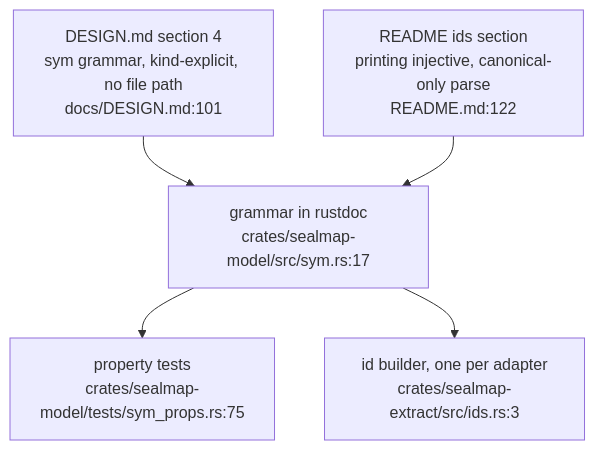
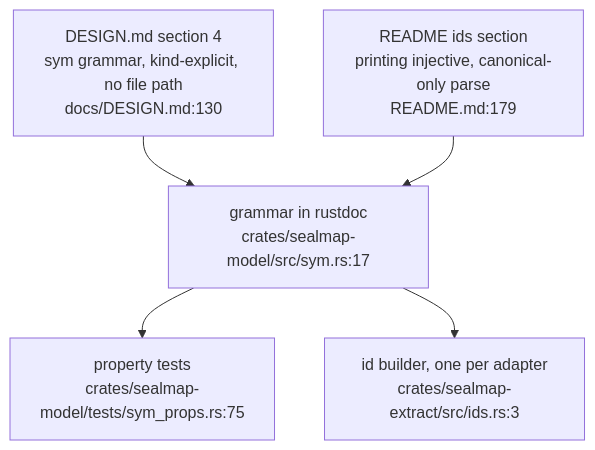
One commit to DreamLab-AI/codemaid changed the sixth of 6 diagrams in docs/diagrams/model/01-the-sym-id-grammar.md. Above: the diagram before and after it, drawn with Mermaid. The commit also changed other lines of this file and 22 other files, not shown here.

First line of the commit message:
docs(diagrams): COR-04 and COR-05 for the seal surface; re-stamp every topic at ae478d9

````diff
--- a/docs/diagrams/model/01-the-sym-id-grammar.md
+++ b/docs/diagrams/model/01-the-sym-id-grammar.md
@@ -271,12 +271,12 @@
 ```mermaid
 flowchart TB
-    D1["DESIGN.md section 4<br/>sym grammar, kind-explicit, no file path<br/>docs/DESIGN.md:101"]
-    D2["README ids section<br/>printing injective, canonical-only parse<br/>README.md:122"]
+    D1["DESIGN.md section 4<br/>sym grammar, kind-explicit, no file path<br/>docs/DESIGN.md:130"]
+    D2["README ids section<br/>printing injective, canonical-only parse<br/>README.md:179"]
     C1["grammar in rustdoc<br/>crates/sealmap-model/src/sym.rs:17"]
     C2["property tests<br/>crates/sealmap-model/tests/sym_props.rs:75"]
     C3["id builder, one per adapter<br/>crates/sealmap-extract/src/ids.rs:3"]
     D1 --> C1
     D2 --> C1
     C1 --> C2
     C1 --> C3
 ```
````
